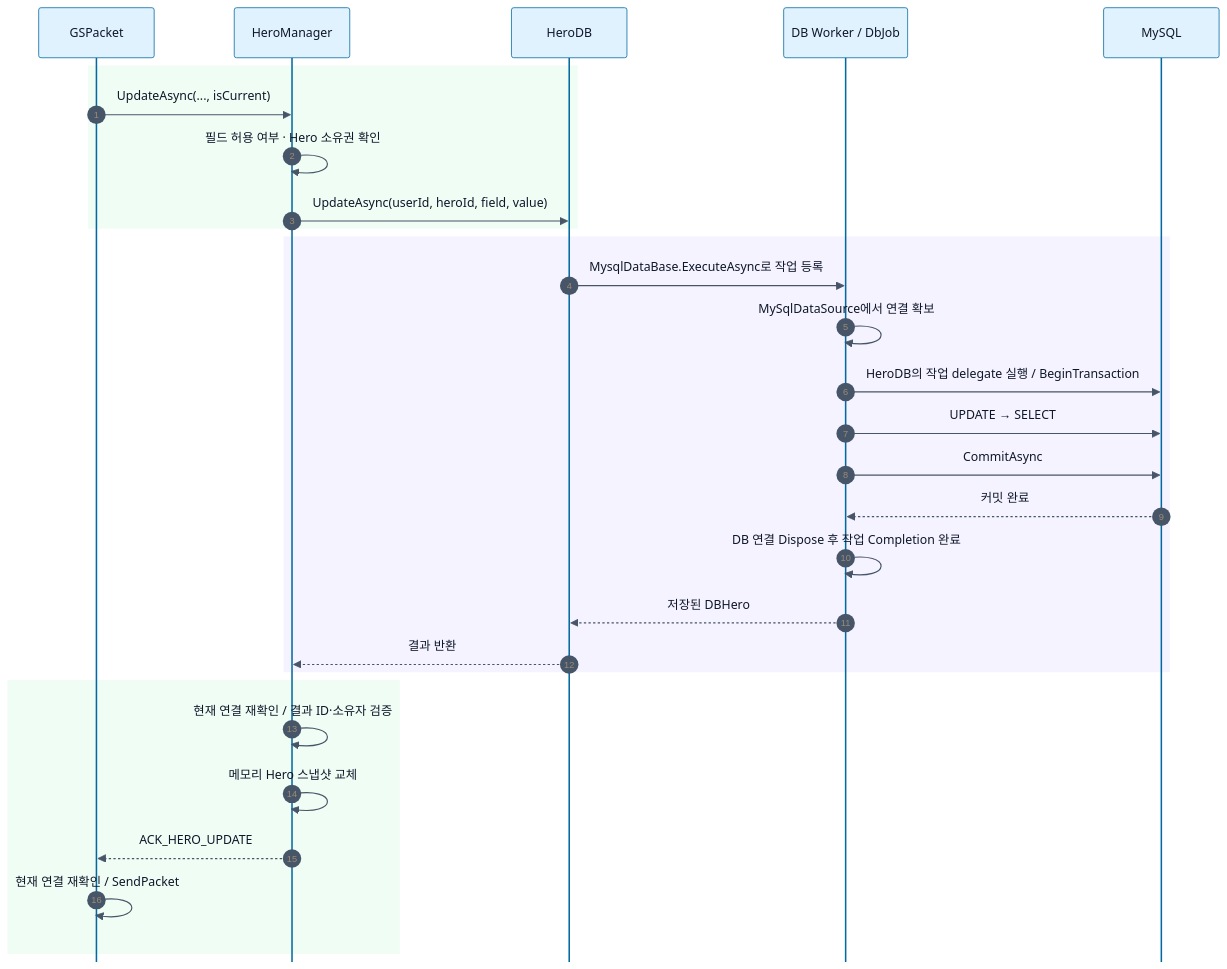
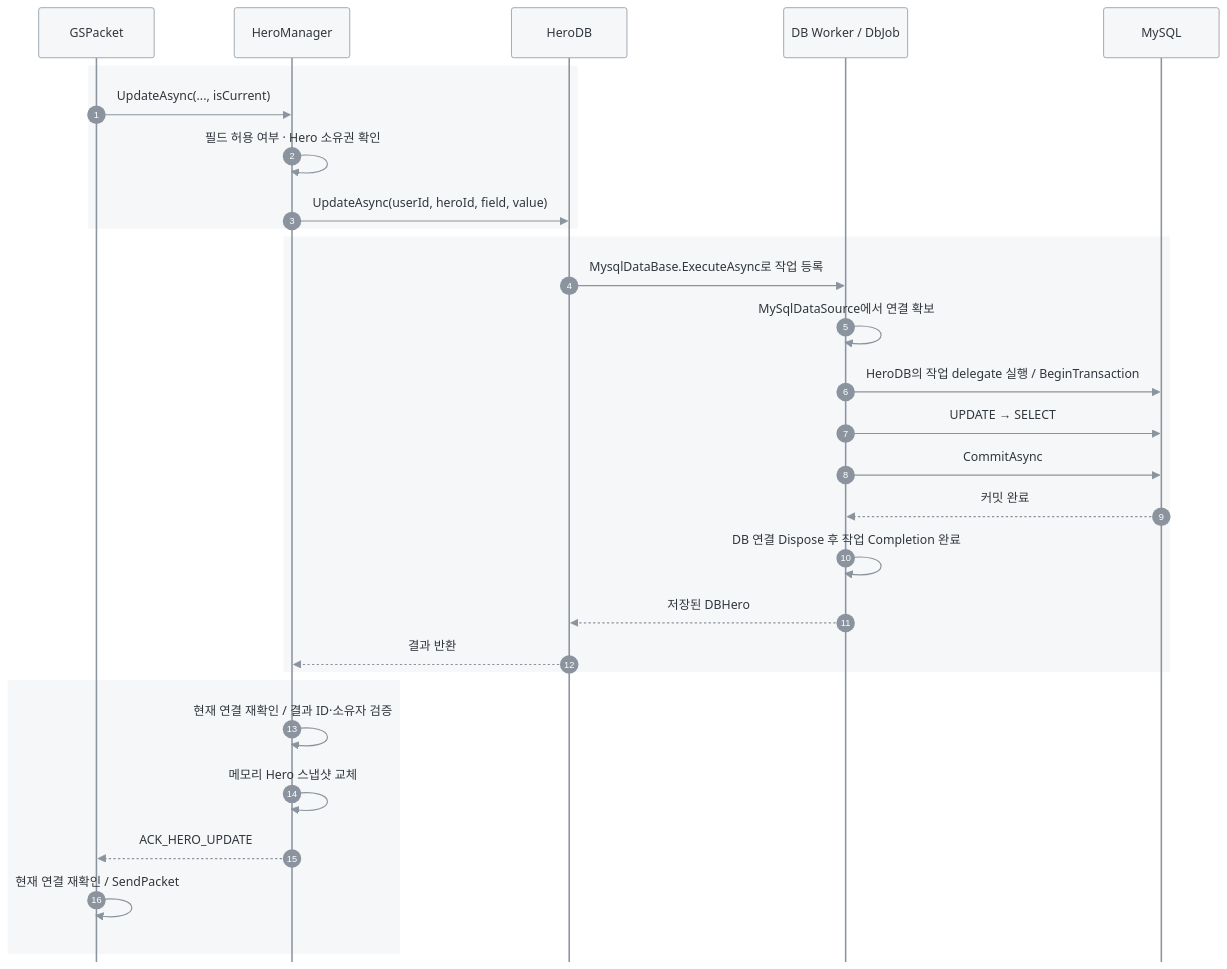
Before and after one commit to GodDongjin/CSharpServer_Portfolio: the fourth of 7 diagrams in docs/SERVER_ARCHITECTURE.md, drawn with Mermaid. The commit also changed other lines of this file, not shown here.

Commit message:
docs: use restrained neutral diagram styling

````diff
--- a/docs/SERVER_ARCHITECTURE.md
+++ b/docs/SERVER_ARCHITECTURE.md
@@ -123,32 +123,32 @@
 ```mermaid
-%%{init: {"theme": "base", "themeVariables": {"fontFamily": "Segoe UI, Malgun Gothic, sans-serif", "fontSize": "15px", "primaryColor": "#e0f2fe", "primaryTextColor": "#0f172a", "primaryBorderColor": "#0369a1", "lineColor": "#64748b", "secondaryColor": "#dcfce7", "tertiaryColor": "#f8fafc", "textColor": "#0f172a", "actorBkg": "#e0f2fe", "actorBorder": "#0369a1", "actorTextColor": "#0f172a", "signalColor": "#475569", "signalTextColor": "#0f172a", "noteBkgColor": "#fef3c7", "noteTextColor": "#0f172a", "noteBorderColor": "#a16207", "labelBoxBkgColor": "#f1f5f9", "labelTextColor": "#0f172a"}, "flowchart": {"curve": "linear", "nodeSpacing": 35, "rankSpacing": 50}, "sequence": {"mirrorActors": false, "actorMargin": 35, "messageMargin": 30}}}%%
+%%{init: {"theme": "base", "themeVariables": {"fontFamily": "Segoe UI, Malgun Gothic, sans-serif", "fontSize": "15px", "primaryColor": "#fafafa", "primaryTextColor": "#30363d", "primaryBorderColor": "#8b949e", "lineColor": "#8b949e", "secondaryColor": "#f2f3f4", "tertiaryColor": "#fafafa", "textColor": "#30363d", "actorBkg": "#f6f7f8", "actorBorder": "#8b949e", "actorTextColor": "#30363d", "signalColor": "#8b949e", "signalTextColor": "#30363d", "noteBkgColor": "#f6f7f8", "noteTextColor": "#30363d", "noteBorderColor": "#8b949e", "labelBoxBkgColor": "#f6f7f8", "labelTextColor": "#30363d", "clusterBkg": "#f6f7f8", "clusterBorder": "#c5cbd1", "edgeLabelBackground": "#fafafa", "activationBkgColor": "#e6e8eb", "activationBorderColor": "#8b949e", "sequenceNumberColor": "#ffffff"}, "flowchart": {"curve": "linear", "nodeSpacing": 35, "rankSpacing": 50}, "sequence": {"mirrorActors": false, "actorMargin": 35, "messageMargin": 30}}}%%
 sequenceDiagram
     autonumber
     participant P as GSPacket
     participant H as HeroManager
     participant R as HeroDB
     participant W as DB Worker / DbJob
     participant DB as MySQL
-    rect rgb(240, 253, 244)
+    rect rgb(246, 247, 248)
     P->>H: UpdateAsync(..., isCurrent)
     H->>H: 필드 허용 여부 · Hero 소유권 확인
     H->>R: UpdateAsync(userId, heroId, field, value)
     end
-    rect rgb(245, 243, 255)
+    rect rgb(246, 247, 248)
     R->>W: MysqlDataBase.ExecuteAsync로 작업 등록
     W->>W: MySqlDataSource에서 연결 확보
     W->>DB: HeroDB의 작업 delegate 실행 / BeginTransaction
     W->>DB: UPDATE → SELECT
     W->>DB: CommitAsync
     DB-->>W: 커밋 완료
     W->>W: DB 연결 Dispose 후 작업 Completion 완료
     W-->>R: 저장된 DBHero
     R-->>H: 결과 반환
     end
-    rect rgb(240, 253, 244)
+    rect rgb(246, 247, 248)
     H->>H: 현재 연결 재확인 / 결과 ID·소유자 검증
     H->>H: 메모리 Hero 스냅샷 교체
     H-->>P: ACK_HERO_UPDATE
     P->>P: 현재 연결 재확인 / SendPacket
     end
 ```
````
